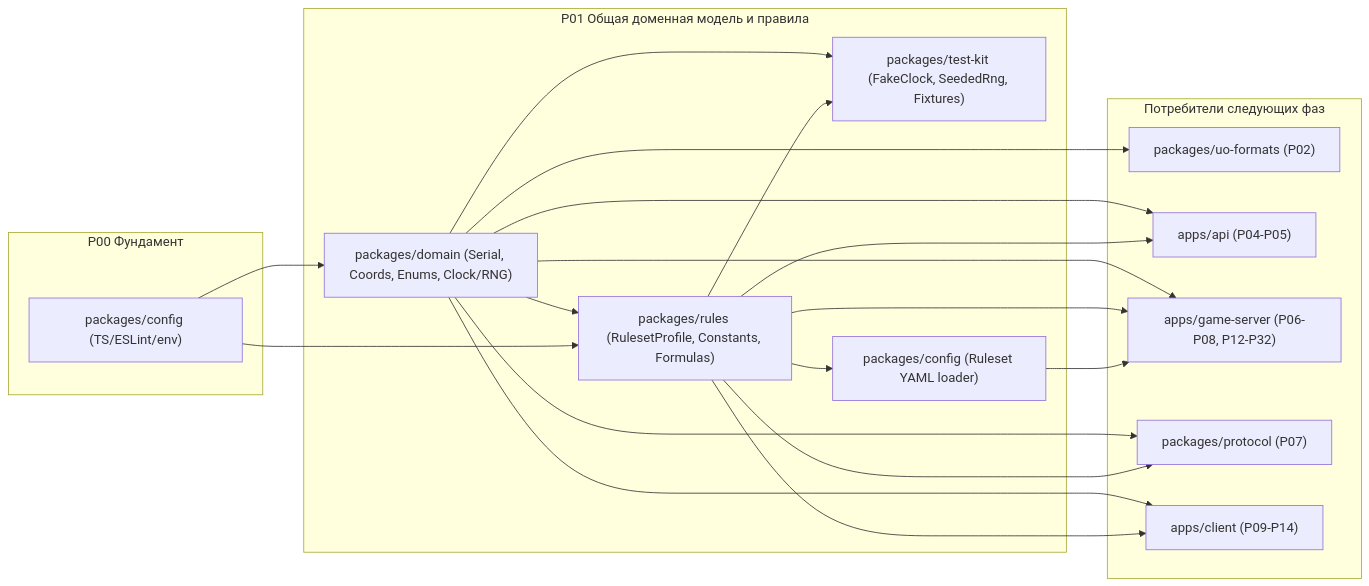
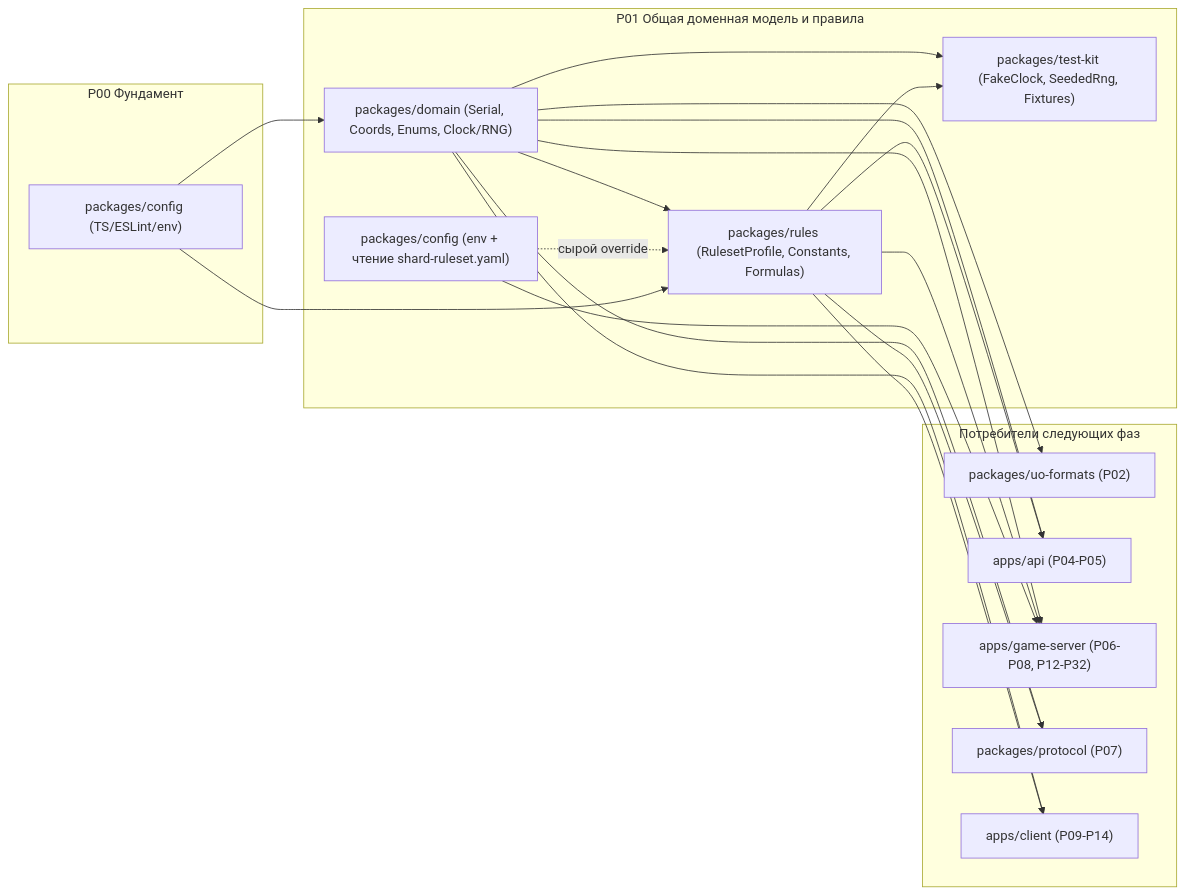
Before and after one commit to SergioAndreev/uo3: the first of 3 diagrams in openspec/changes/p01-shared-domain-model/design.md, drawn with Mermaid. The commit also changed other lines of this file and 188 other files, not shown here.

````diff
--- a/openspec/changes/p01-shared-domain-model/design.md
+++ b/openspec/changes/p01-shared-domain-model/design.md
@@ -99,39 +99,39 @@
 ```mermaid
 flowchart LR
   subgraph P00["P00 Фундамент"]
     CFG_TS["packages/config (TS/ESLint/env)"]
   end
 
   subgraph P01["P01 Общая доменная модель и правила"]
     DOM["packages/domain (Serial, Coords, Enums, Clock/RNG)"]
     RUL["packages/rules (RulesetProfile, Constants, Formulas)"]
     TK["packages/test-kit (FakeClock, SeededRng, Fixtures)"]
-    CFG_RUL["packages/config (Ruleset YAML loader)"]
+    CFG_RUL["packages/config (env + чтение shard-ruleset.yaml)"]
   end
 
   subgraph Consumers["Потребители следующих фаз"]
     P02["packages/uo-formats (P02)"]
     P04["apps/api (P04-P05)"]
     P06["apps/game-server (P06-P08, P12-P32)"]
     P07["packages/protocol (P07)"]
     P09["apps/client (P09-P14)"]
   end
 
   DOM --> RUL
   DOM --> TK
   RUL --> TK
-  RUL --> CFG_RUL
+  CFG_RUL -. "сырой override" .-> RUL
   CFG_TS --> DOM
   CFG_TS --> RUL
 
   DOM --> P02
   DOM --> P04
   RUL --> P04
   DOM --> P06
   RUL --> P06
   CFG_RUL --> P06
   DOM --> P07
   RUL --> P07
   DOM --> P09
   RUL --> P09
 ```
````
